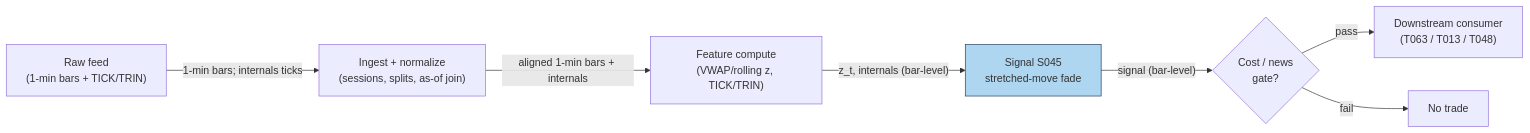
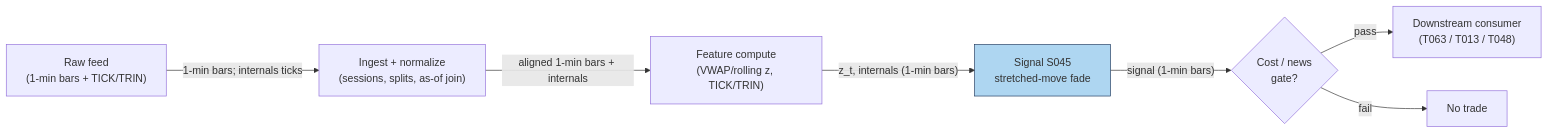
One commit to praveenguptahcl/quant-signals-deep changed the diagram in batches/SB5/S045.md. Above: the diagram before and after it, drawn with Mermaid. The commit also changed other lines of this file and 49 other files, not shown here.

````diff
--- a/batches/SB5/S045.md
+++ b/batches/SB5/S045.md
@@ -177,10 +177,10 @@
 ```mermaid
 flowchart LR
     FEED["Raw feed<br/>(1-min bars + TICK/TRIN)"] -->|"1-min bars; internals ticks"| ING["Ingest + normalize<br/>(sessions, splits, as-of join)"]
     ING -->|"aligned 1-min bars + internals"| FEAT["Feature compute<br/>(VWAP/rolling z, TICK/TRIN)"]
-    FEAT -->|"z_t, internals (bar-level)"| SIG["Signal S045<br/>stretched-move fade"]
-    SIG -->|"signal (bar-level)"| GATE{"Cost / news<br/>gate?"}
+    FEAT -->|"z_t, internals (1-min bars)"| SIG["Signal S045<br/>stretched-move fade"]
+    SIG -->|"signal (1-min bars)"| GATE{"Cost / news<br/>gate?"}
     GATE -->|pass| OUT["Downstream consumer<br/>(T063 / T013 / T048)"]
     GATE -->|fail| DROP["No trade"]
     style SIG fill:#aed6f1,stroke:#1f3a5f
 ```
````
